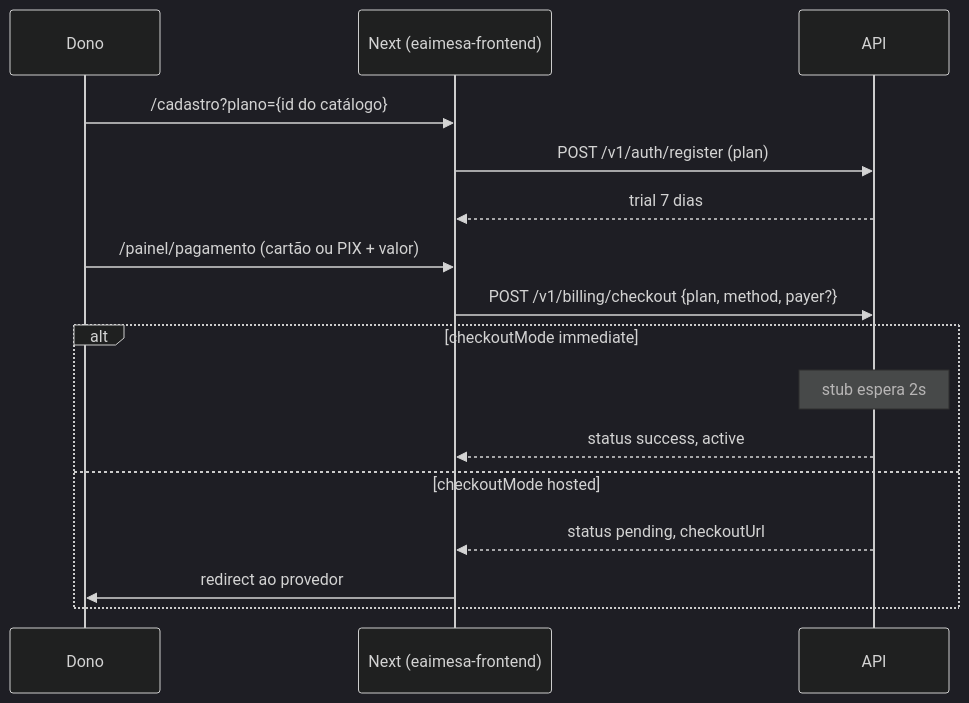
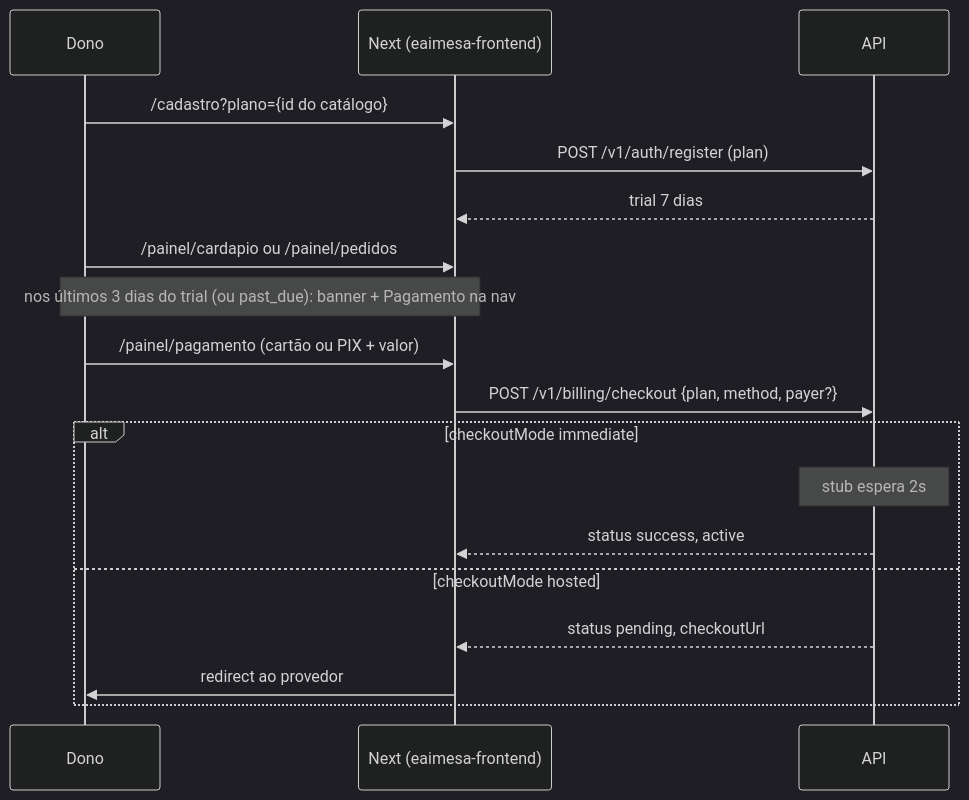
One commit to filiperamosds/eaimesa-frontend changed the seventh of 7 diagrams in docs/product/fluxos.md. Above: the diagram before and after it, drawn with Mermaid (dark theme). The commit also changed other lines of this file and 18 other files, not shown here.

First line of the commit message:
Mostrar pagamento no fim do trial e empilhar a vigência (#10)

````diff
--- a/docs/product/fluxos.md
+++ b/docs/product/fluxos.md
@@ -171,19 +171,21 @@
 ```mermaid
 sequenceDiagram
   participant D as Dono
   participant W as Next (eaimesa-frontend)
   participant API as API
 
   D->>W: /cadastro?plano={id do catálogo}
   W->>API: POST /v1/auth/register (plan)
   API-->>W: trial 7 dias
+  D->>W: /painel/cardapio ou /painel/pedidos
+  Note over D,W: nos últimos 3 dias do trial (ou past_due): banner + Pagamento na nav
   D->>W: /painel/pagamento (cartão ou PIX + valor)
   W->>API: POST /v1/billing/checkout {plan, method, payer?}
   alt checkoutMode immediate
     Note over API: stub espera 2s
     API-->>W: status success, active
   else checkoutMode hosted
     API-->>W: status pending, checkoutUrl
     W->>D: redirect ao provedor
   end
 ```
````
